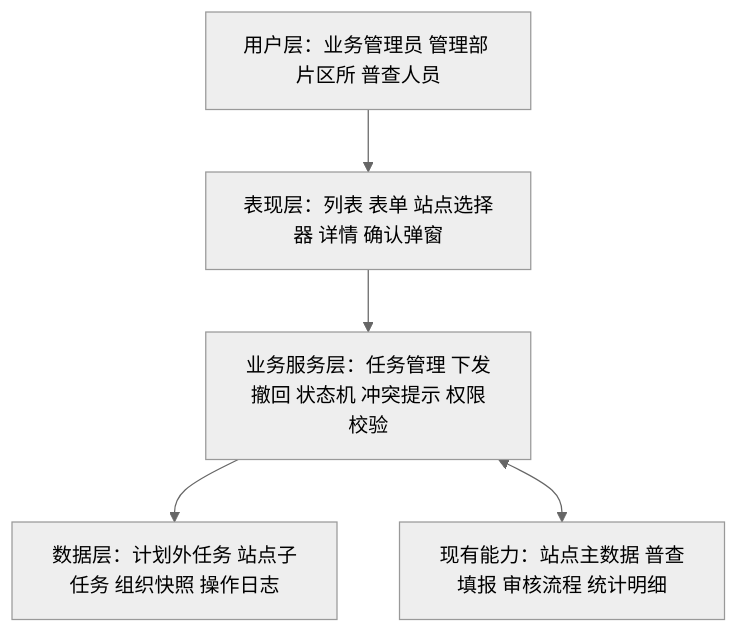
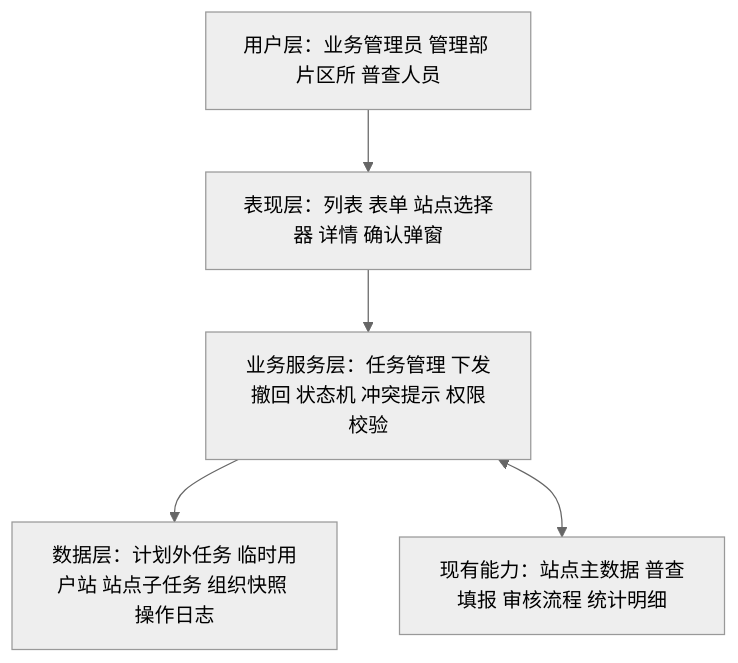
The second of 2 diagrams in docs/计划外普查任务管理-系统建设方案.md (caicai9807-code/Area-survey), drawn with Mermaid (neutral theme) before and after one commit. The commit also changed other lines of this file and 12 other files, not shown here.

````diff
--- a/docs/计划外普查任务管理-系统建设方案.md
+++ b/docs/计划外普查任务管理-系统建设方案.md
@@ -38,10 +43,10 @@
 ```mermaid
 flowchart TB
     U[用户层：业务管理员 管理部 片区所 普查人员]
     P[表现层：列表 表单 站点选择器 详情 确认弹窗]
     S[业务服务层：任务管理 下发撤回 状态机 冲突提示 权限校验]
-    D[数据层：计划外任务 站点子任务 组织快照 操作日志]
+    D[数据层：计划外任务 临时用户站 站点子任务 组织快照 操作日志]
     X[现有能力：站点主数据 普查填报 审核流程 统计明细]
     U --> P --> S --> D
     S <--> X
 ```
````
